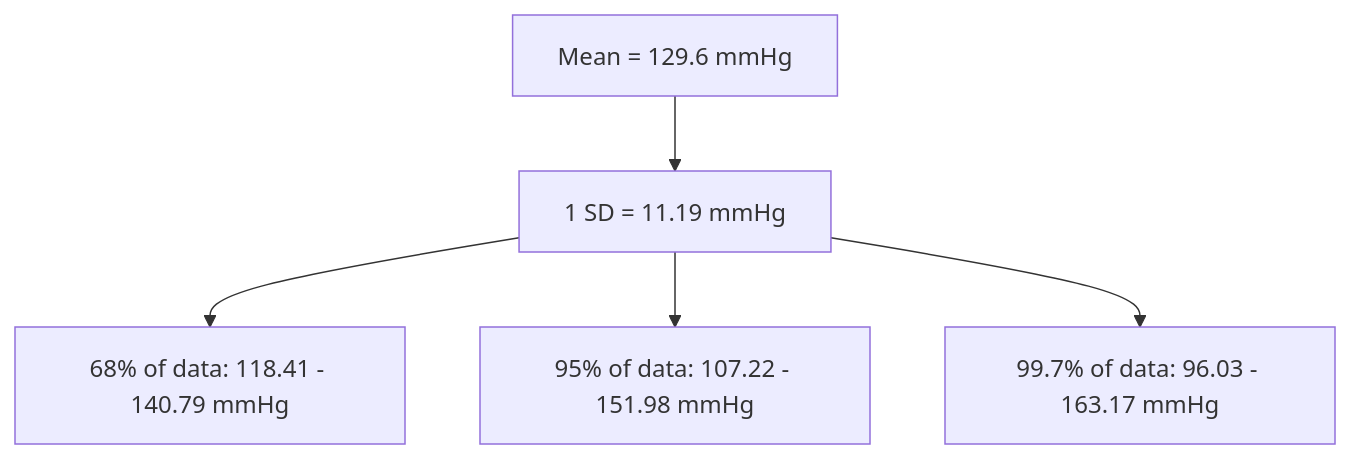
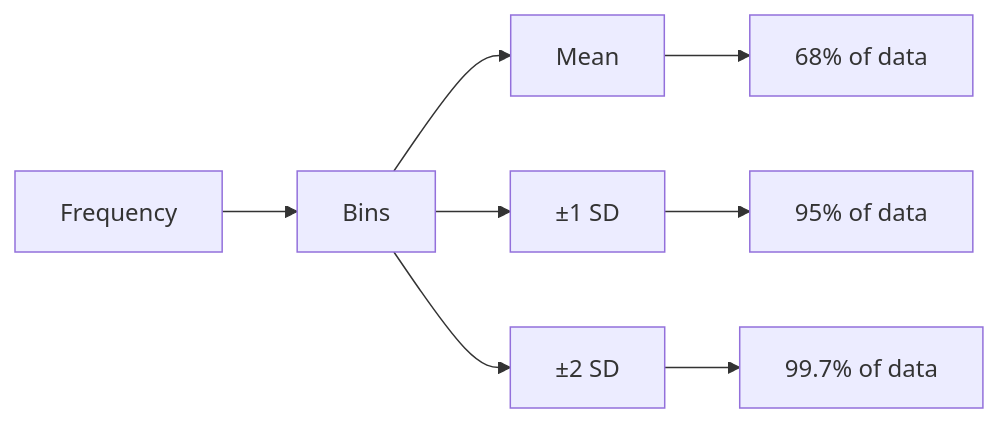
Before and after one commit to muhammadsalek/statistics-for-scientists: the second of 5 diagrams in 03-dispersion.md, drawn with Mermaid. The commit also changed other lines of this file, not shown here.

````diff
--- a/03-dispersion.md
+++ b/03-dispersion.md
@@ -577,7 +3023,10 @@
 ```mermaid
-graph TD
-    A["Mean = 129.6 mmHg"] --> B["1 SD = 11.19 mmHg"]
-    B --> C["68% of data: 118.41 - 140.79 mmHg"]
-    B --> D["95% of data: 107.22 - 151.98 mmHg"]
-    B --> E["99.7% of data: 96.03 - 163.17 mmHg"]
+graph LR
+    A["Frequency"] --> B["Bins"]
+    B --> C["Mean"]
+    B --> D["±1 SD"]
+    B --> E["±2 SD"]
+    C --> F["68% of data"]
+    D --> G["95% of data"]
+    E --> H["99.7% of data"]
 ```
````
